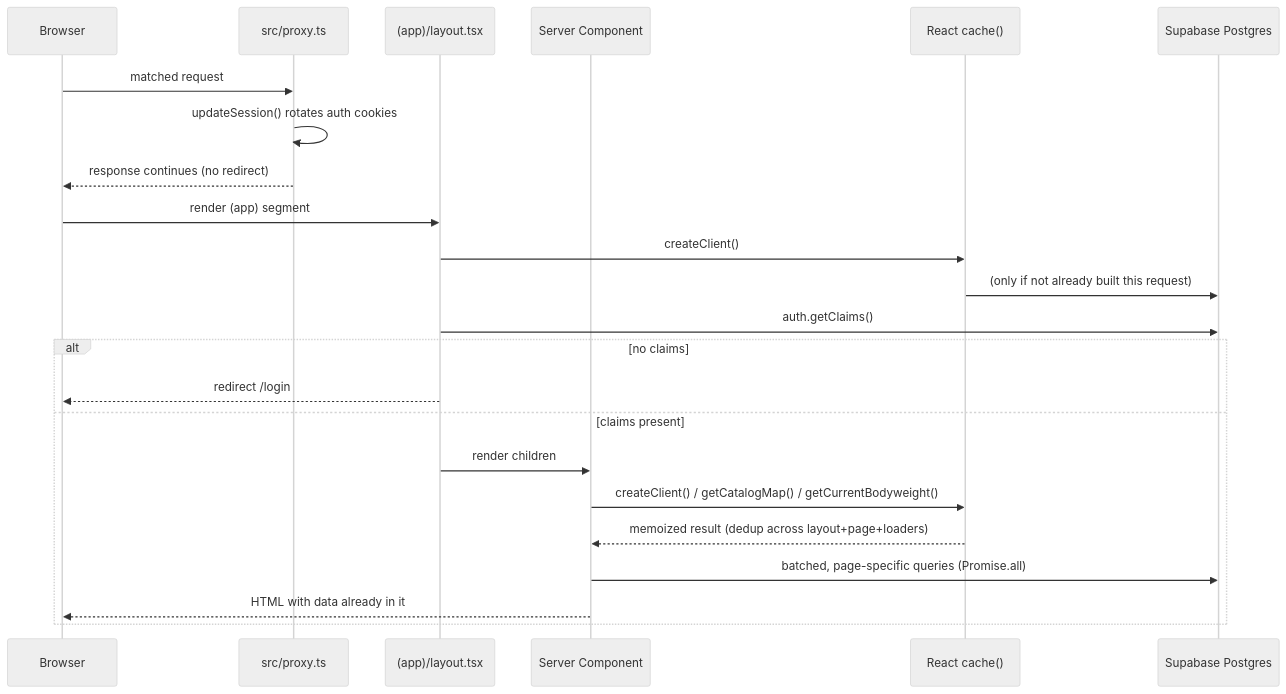
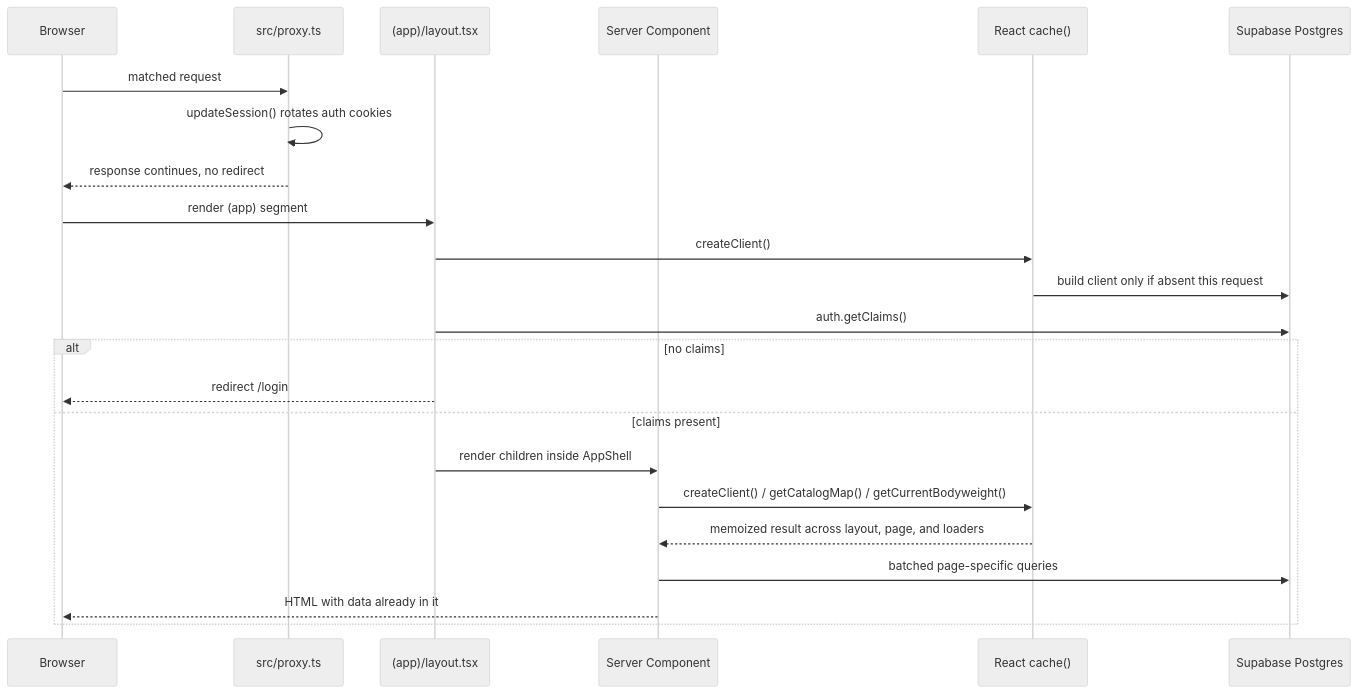
The second of 3 diagrams in openwiki/architecture/overview.md (jms-dcksn/lifting-app), drawn with Mermaid (neutral theme) before and after one commit. The commit also changed other lines of this file and 40 other files, not shown here.

````diff
--- a/openwiki/architecture/overview.md
+++ b/openwiki/architecture/overview.md
@@ -81,26 +139,26 @@
 ```mermaid
 sequenceDiagram
     participant Browser
     participant Proxy as src/proxy.ts
     participant Layout as (app)/layout.tsx
     participant Page as Server Component
     participant Cache as React cache()
     participant DB as Supabase Postgres
 
     Browser->>Proxy: matched request
     Proxy->>Proxy: updateSession() rotates auth cookies
-    Proxy-->>Browser: response continues (no redirect)
+    Proxy-->>Browser: response continues, no redirect
     Browser->>Layout: render (app) segment
     Layout->>Cache: createClient()
-    Cache->>DB: (only if not already built this request)
+    Cache->>DB: build client only if absent this request
     Layout->>DB: auth.getClaims()
     alt no claims
         Layout-->>Browser: redirect /login
     else claims present
-        Layout->>Page: render children
+        Layout->>Page: render children inside AppShell
         Page->>Cache: createClient() / getCatalogMap() / getCurrentBodyweight()
-        Cache-->>Page: memoized result (dedup across layout+page+loaders)
-        Page->>DB: batched, page-specific queries (Promise.all)
+        Cache-->>Page: memoized result across layout, page, and loaders
+        Page->>DB: batched page-specific queries
         Page-->>Browser: HTML with data already in it
     end
 ```
````
